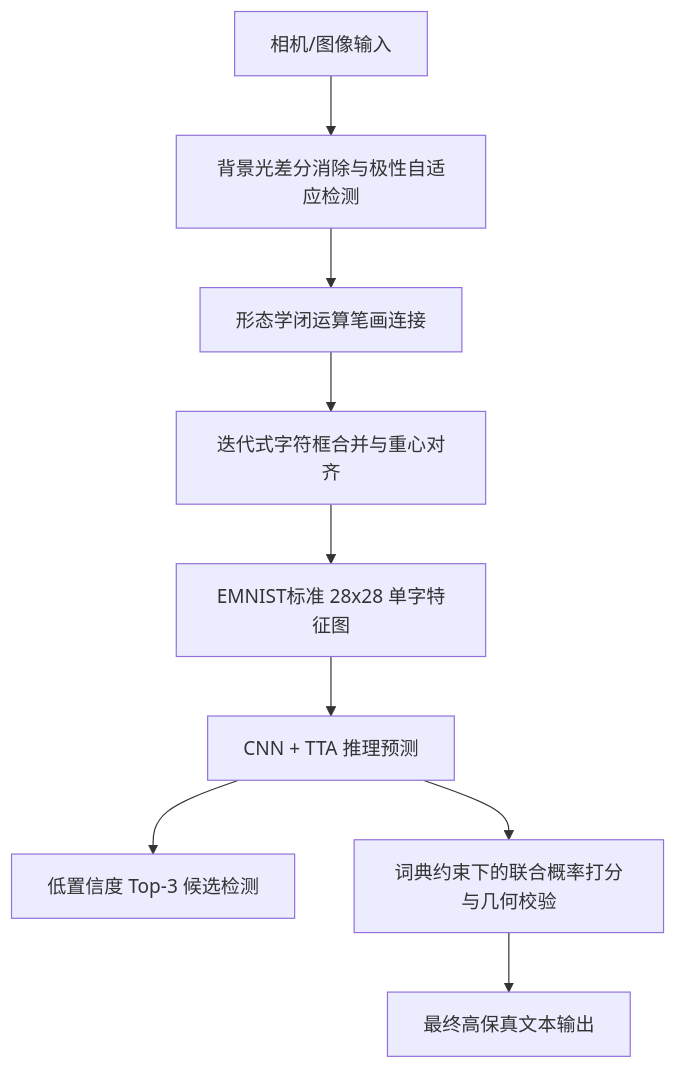
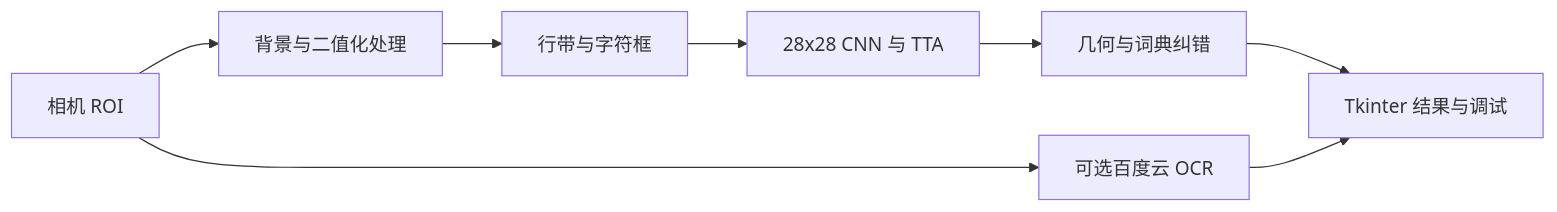
The diagram in README.md (DongFengPo1412/Multi-class-Handwritten-Character-Recognition-System-Based-on-CNN), drawn with Mermaid before and after one commit. The commit also changed other lines of this file and 8 other files, not shown here.

````diff
--- a/README.md
+++ b/README.md
@@ -51,11 +13,10 @@
 ```mermaid
-graph TD
-    A[相机/图像输入] --> B[背景光差分消除与极性自适应检测]
-    B --> C[形态学闭运算笔画连接]
-    C --> D[迭代式字符框合并与重心对齐]
-    D --> E[EMNIST标准 28x28 单字特征图]
-    E --> F[CNN + TTA 推理预测]
-    F --> G[低置信度 Top-3 候选检测]
-    F --> H[词典约束下的联合概率打分与几何校验]
-    H --> I[最终高保真文本输出]
+flowchart LR
+    Camera[相机 ROI] --> Pre[背景与二值化处理]
+    Pre --> Boxes[行带与字符框]
+    Boxes --> CNN[28x28 CNN 与 TTA]
+    CNN --> Decode[几何与词典纠错]
+    Decode --> UI[Tkinter 结果与调试]
+    Camera --> Cloud[可选百度云 OCR]
+    Cloud --> UI
 ```
````
